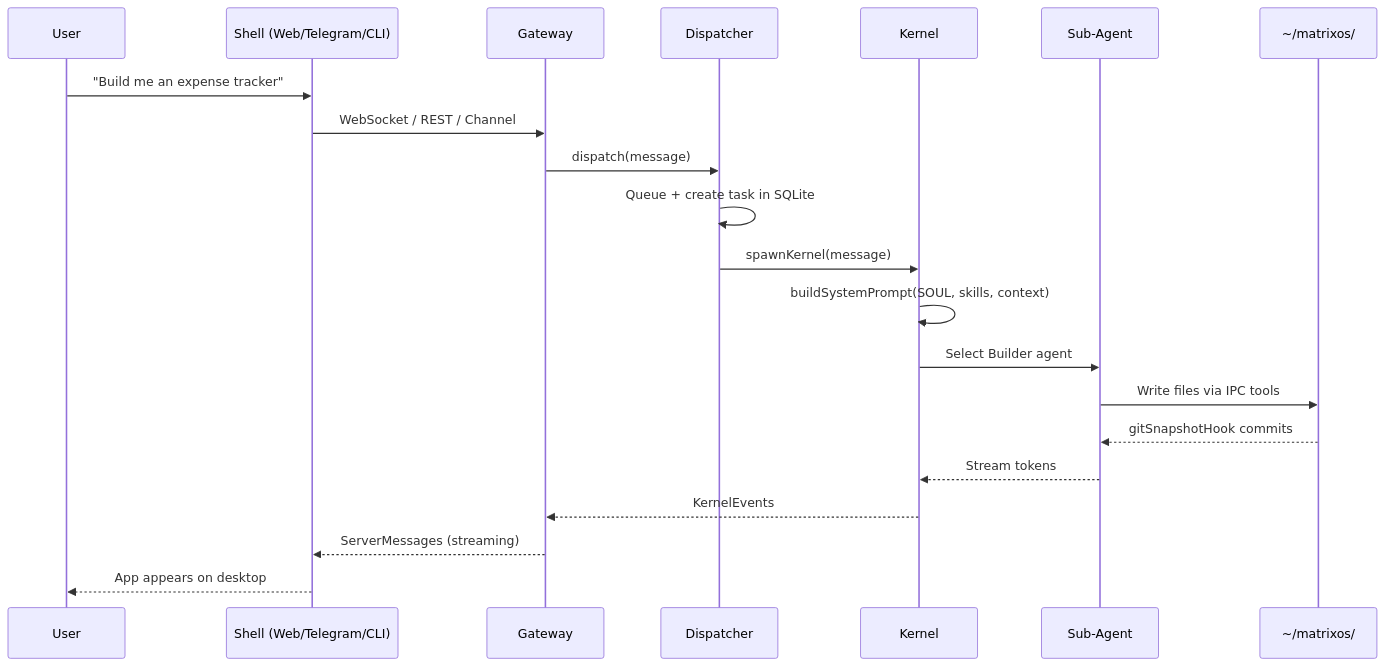
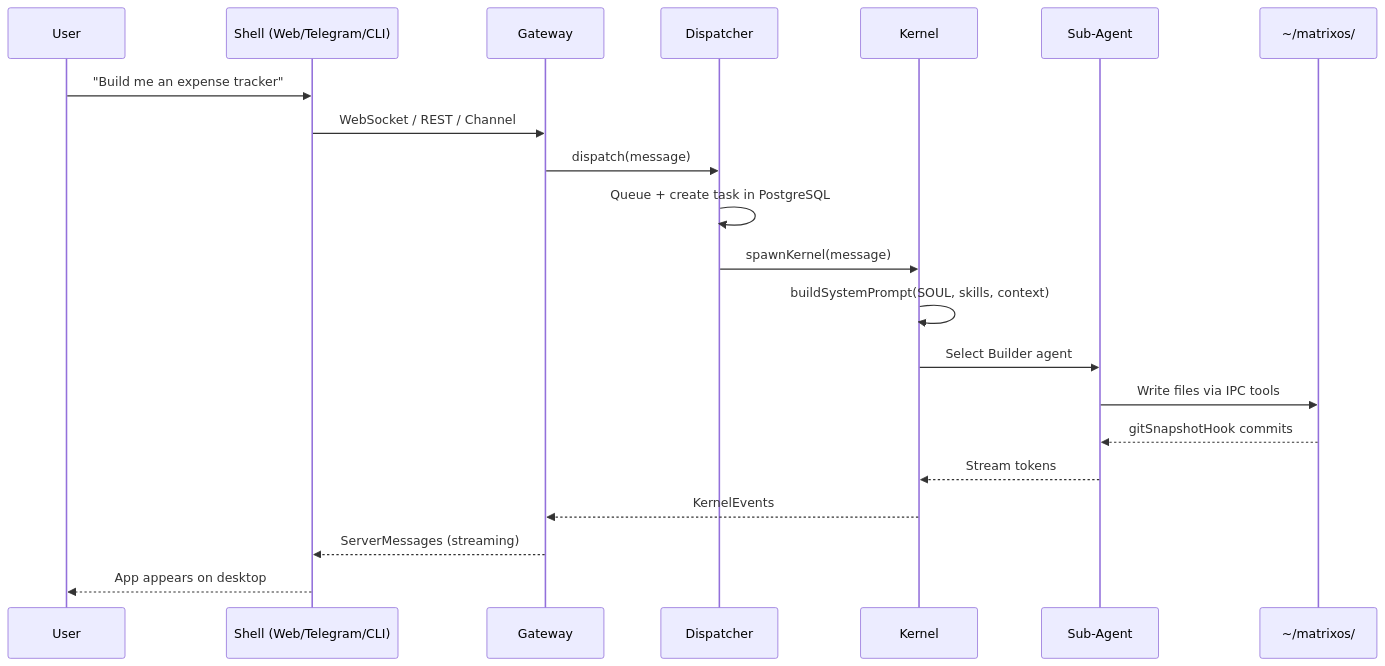
The diagram in www/content/docs/guide/index.mdx (HamedMP/matrix-os), drawn with Mermaid before and after one commit. The commit also changed other lines of this file and 70 other files, not shown here.

````diff
--- a/www/content/docs/guide/index.mdx
+++ b/www/content/docs/guide/index.mdx
@@ -21,24 +21,24 @@
 ```mermaid
 sequenceDiagram
     participant User
     participant Shell as Shell (Web/Telegram/CLI)
     participant GW as Gateway
     participant Disp as Dispatcher
     participant K as Kernel
     participant Agent as Sub-Agent
     participant FS as ~/matrixos/
 
     User->>Shell: "Build me an expense tracker"
     Shell->>GW: WebSocket / REST / Channel
     GW->>Disp: dispatch(message)
-    Disp->>Disp: Queue + create task in SQLite
+    Disp->>Disp: Queue + create task in PostgreSQL
     Disp->>K: spawnKernel(message)
     K->>K: buildSystemPrompt(SOUL, skills, context)
     K->>Agent: Select Builder agent
     Agent->>FS: Write files via IPC tools
     FS-->>Agent: gitSnapshotHook commits
     Agent-->>K: Stream tokens
     K-->>GW: KernelEvents
     GW-->>Shell: ServerMessages (streaming)
     Shell-->>User: App appears on desktop
 ```
````
